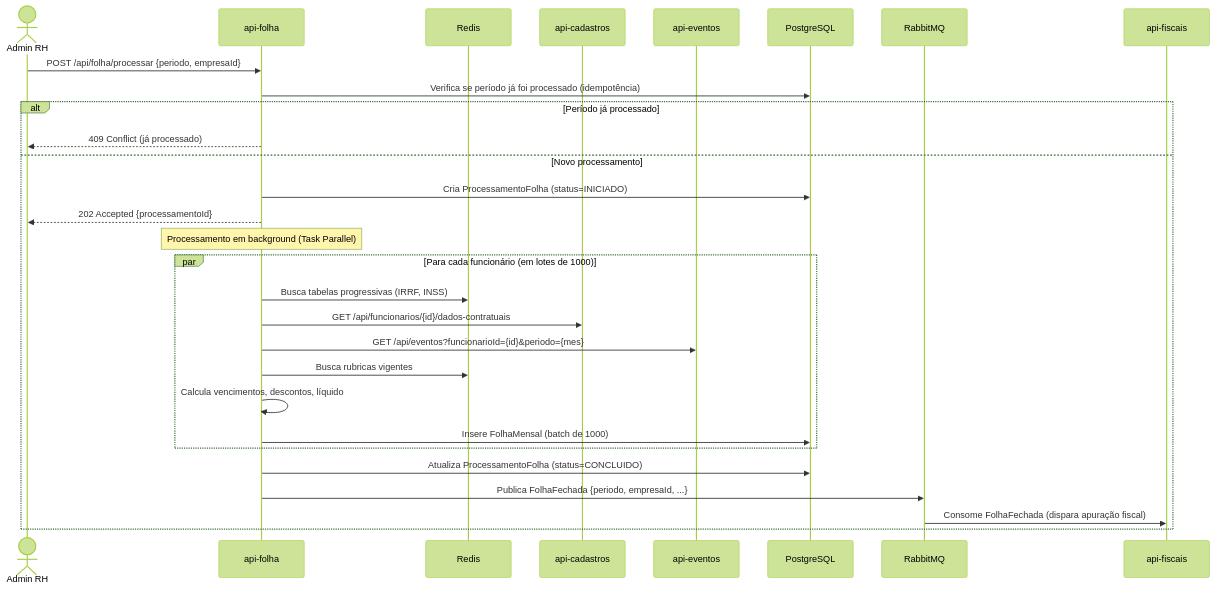
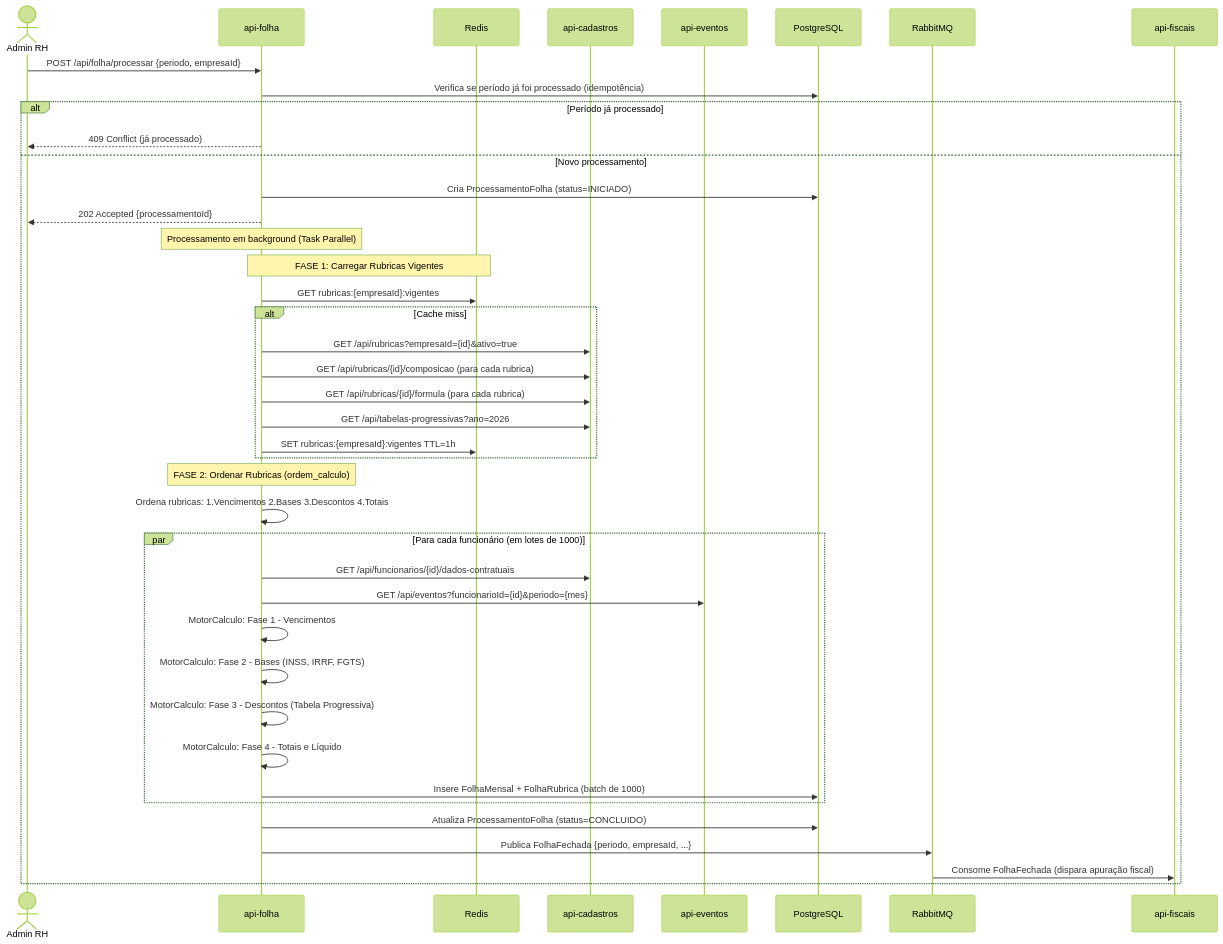
The first of 3 diagrams in docs/outputs/arquitetura/runtime-view.md (stanleydevbr/Folha360), drawn with Mermaid (forest theme) before and after one commit. The commit also changed other lines of this file and 19 other files, not shown here.

````diff
--- a/docs/outputs/arquitetura/runtime-view.md
+++ b/docs/outputs/arquitetura/runtime-view.md
@@ -12,35 +14,49 @@
 ```mermaid
 sequenceDiagram
     actor Admin as Admin RH
     participant API as api-folha
     participant Cache as Redis
     participant CAD as api-cadastros
     participant EVT as api-eventos
     participant DB as PostgreSQL
     participant RMQ as RabbitMQ
     participant FIS as api-fiscais
 
     Admin->>API: POST /api/folha/processar {periodo, empresaId}
     API->>DB: Verifica se período já foi processado (idempotência)
     alt Período já processado
         API-->>Admin: 409 Conflict (já processado)
     else Novo processamento
         API->>DB: Cria ProcessamentoFolha (status=INICIADO)
         API-->>Admin: 202 Accepted {processamentoId}
 
         Note over API: Processamento em background (Task Parallel)
 
+        Note over API,Cache: FASE 1: Carregar Rubricas Vigentes
+        API->>Cache: GET rubricas:{empresaId}:vigentes
+        alt Cache miss
+            API->>CAD: GET /api/rubricas?empresaId={id}&ativo=true
+            API->>CAD: GET /api/rubricas/{id}/composicao (para cada rubrica)
+            API->>CAD: GET /api/rubricas/{id}/formula (para cada rubrica)
+            API->>CAD: GET /api/tabelas-progressivas?ano=2026
+            API->>Cache: SET rubricas:{empresaId}:vigentes TTL=1h
+        end
+
+        Note over API: FASE 2: Ordenar Rubricas (ordem_calculo)
+        API->>API: Ordena rubricas: 1.Vencimentos 2.Bases 3.Descontos 4.Totais
+
         par Para cada funcionário (em lotes de 1000)
-            API->>Cache: Busca tabelas progressivas (IRRF, INSS)
             API->>CAD: GET /api/funcionarios/{id}/dados-contratuais
             API->>EVT: GET /api/eventos?funcionarioId={id}&periodo={mes}
-            API->>Cache: Busca rubricas vigentes
-            API->>API: Calcula vencimentos, descontos, líquido
-            API->>DB: Insere FolhaMensal (batch de 1000)
+            API->>API: MotorCalculo: Fase 1 - Vencimentos
+            API->>API: MotorCalculo: Fase 2 - Bases (INSS, IRRF, FGTS)
+            API->>API: MotorCalculo: Fase 3 - Descontos (Tabela Progressiva)
+            API->>API: MotorCalculo: Fase 4 - Totais e Líquido
+            API->>DB: Insere FolhaMensal + FolhaRubrica (batch de 1000)
         end
 
         API->>DB: Atualiza ProcessamentoFolha (status=CONCLUIDO)
         API->>RMQ: Publica FolhaFechada {periodo, empresaId, ...}
         RMQ->>FIS: Consome FolhaFechada (dispara apuração fiscal)
     end
 ```
````
